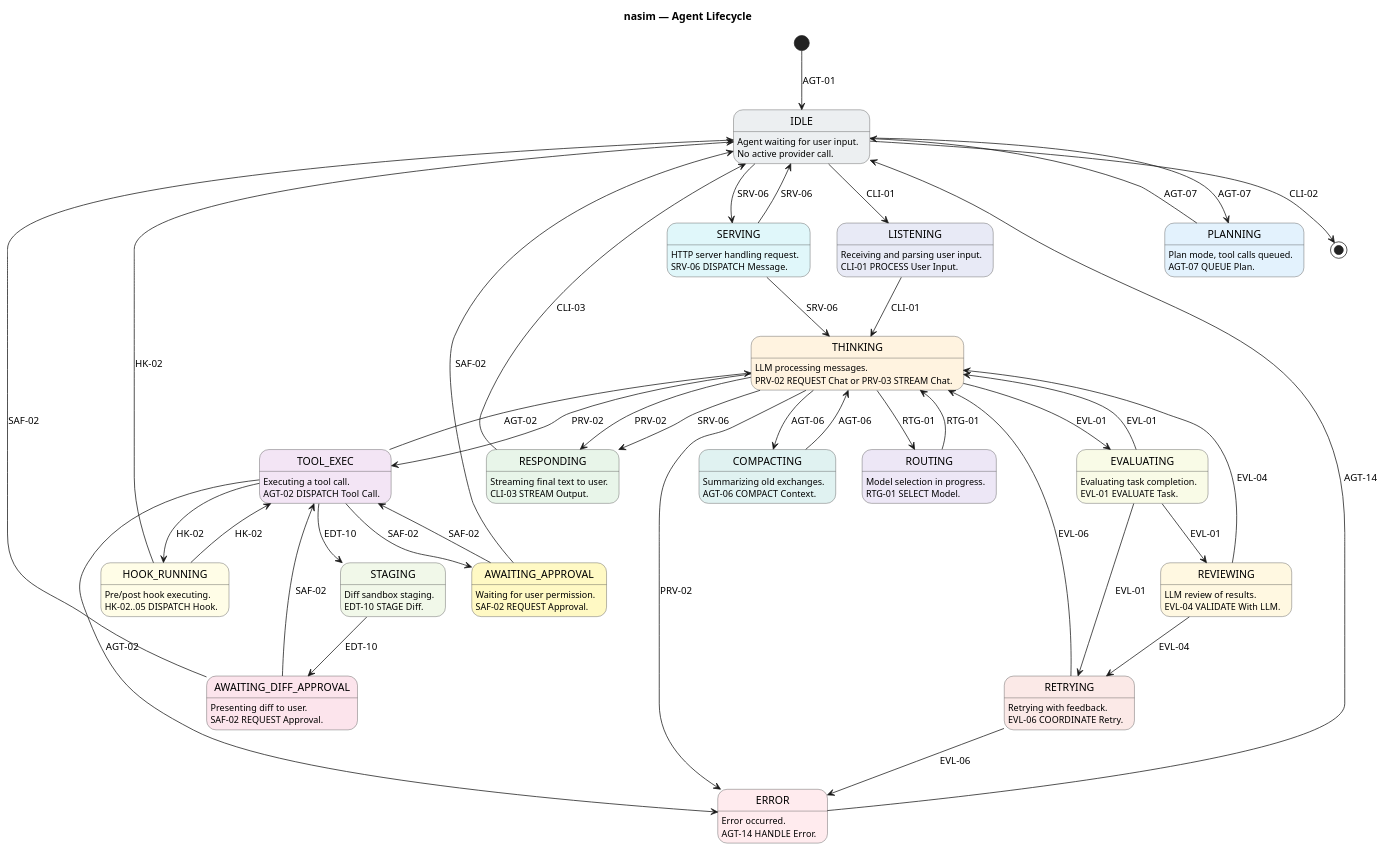
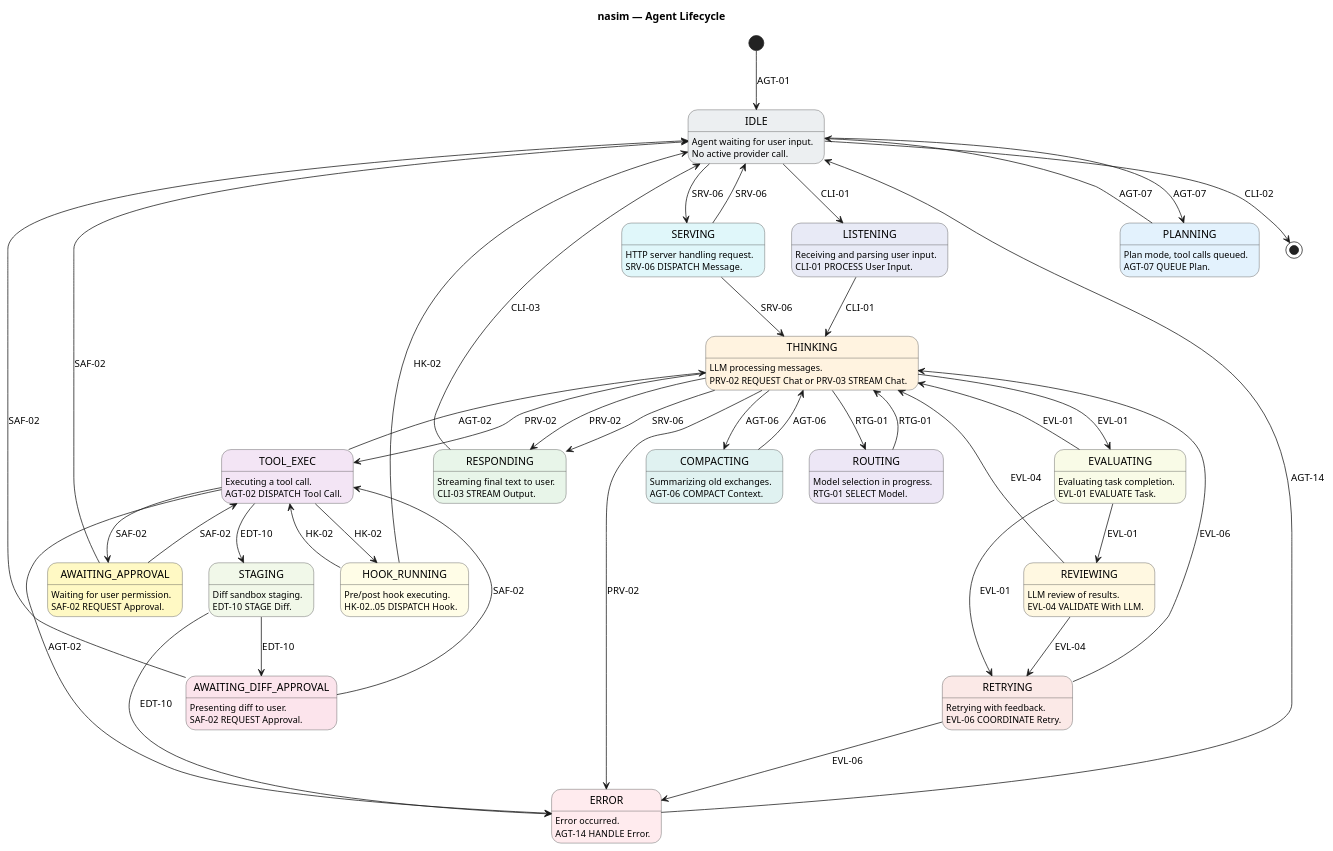
One commit to salimnamvar/nasim changed the diagram in docs/SM/sm_agent_lifecycle.puml. Above: the diagram before and after it, drawn with PlantUML. The commit also changed 18 other files, not shown here.

Commit message:
docs: Update component diagrams and API documentation for improved clarity and structure

```diff
--- a/docs/SM/sm_agent_lifecycle.puml
+++ b/docs/SM/sm_agent_lifecycle.puml
@@ -1,149 +1,150 @@
 @startuml sm_agent_lifecycle
 ' ============================================================
 ' Title:     nasim — Agent Lifecycle State Machine
 ' Boundary:  nasim code agent CLI + HTTP API
 ' Purpose:   Process FSM showing all agent states and transitions
 ' Milestone: v1.0
 ' Version:   6.0.0
 ' Source:    docs/UC/README.md
 ' Review:    docs/audit/audit.2026.06.20.sq-sm-chain.car.md
 ' Note:      Process FSM, not entity lifecycle. SMT rules from sm.md
 '            do not apply (documented deviation).
 ' Convention: All transitions are triggered by the corresponding UC ID
 '            (e.g., EVL-01, EDT-10, AGT-07) as listed in docs/UC/README.md.
 ' ============================================================
 
 title nasim — Agent Lifecycle
 
 skinparam state {
   BackgroundColor #FFFFFF
   BorderColor #424242
   FontColor #000000
 }
 
 [*] --> IDLE : AGT-01
 
 state "IDLE" as IDLE #ECEFF1
 IDLE : Agent waiting for user input.
 IDLE : No active provider call.
 
 state "LISTENING" as LISTENING #E8EAF6
 LISTENING : Receiving and parsing user input.
 LISTENING : CLI-01 PROCESS User Input.
 
 state "THINKING" as THINKING #FFF3E0
 THINKING : LLM processing messages.
 THINKING : PRV-02 REQUEST Chat or PRV-03 STREAM Chat.
 
 state "TOOL_EXEC" as TOOL_EXEC #F3E5F5
 TOOL_EXEC : Executing a tool call.
 TOOL_EXEC : AGT-02 DISPATCH Tool Call.
 
 state "RESPONDING" as RESPONDING #E8F5E9
 RESPONDING : Streaming final text to user.
 RESPONDING : CLI-03 STREAM Output.
 
 state "ERROR" as ERROR #FFEBEE
 ERROR : Error occurred.
 ERROR : AGT-14 HANDLE Error.
 
 state "COMPACTING" as COMPACTING #E0F2F1
 COMPACTING : Summarizing old exchanges.
 COMPACTING : AGT-06 COMPACT Context.
 
 state "AWAITING_APPROVAL" as AWAITING_APPROVAL #FFF9C4
 AWAITING_APPROVAL : Waiting for user permission.
 AWAITING_APPROVAL : SAF-02 REQUEST Approval.
 
 state "PLANNING" as PLANNING #E3F2FD
 PLANNING : Plan mode, tool calls queued.
 PLANNING : AGT-07 QUEUE Plan.
 
 state "HOOK_RUNNING" as HOOK_RUNNING #FFFDE7
 HOOK_RUNNING : Pre/post hook executing.
 HOOK_RUNNING : HK-02..05 DISPATCH Hook.
 
 state "ROUTING" as ROUTING #EDE7F6
 ROUTING : Model selection in progress.
 ROUTING : RTG-01 SELECT Model.
 
 state "SERVING" as SERVING #E0F7FA
 SERVING : HTTP server handling request.
 SERVING : SRV-06 DISPATCH Message.
 
 state "EVALUATING" as EVALUATING #F9FBE7
 EVALUATING : Evaluating task completion.
 EVALUATING : EVL-01 EVALUATE Task.
 
 state "REVIEWING" as REVIEWING #FFF8E1
 REVIEWING : LLM review of results.
 REVIEWING : EVL-04 VALIDATE With LLM.
 
 state "RETRYING" as RETRYING #FBE9E7
 RETRYING : Retrying with feedback.
 RETRYING : EVL-06 COORDINATE Retry.
 
 state "STAGING" as STAGING #F1F8E9
 STAGING : Diff sandbox staging.
 STAGING : EDT-10 STAGE Diff.
 
 state "AWAITING_DIFF_APPROVAL" as AWAITING_DIFF_APPROVAL #FCE4EC
 AWAITING_DIFF_APPROVAL : Presenting diff to user.
 AWAITING_DIFF_APPROVAL : SAF-02 REQUEST Approval.
 
 IDLE --> LISTENING : CLI-01
 IDLE --> SERVING : SRV-06
 IDLE --> [*] : CLI-02
 
 LISTENING --> THINKING : CLI-01
 
 THINKING --> RESPONDING : PRV-02
 THINKING --> TOOL_EXEC : PRV-02
 THINKING --> COMPACTING : AGT-06
 THINKING --> ROUTING : RTG-01
 THINKING --> ERROR : PRV-02
 THINKING --> RESPONDING : SRV-06
 THINKING --> EVALUATING : EVL-01
 
 ROUTING --> THINKING : RTG-01
 
 TOOL_EXEC --> THINKING : AGT-02
 TOOL_EXEC --> AWAITING_APPROVAL : SAF-02
 TOOL_EXEC --> HOOK_RUNNING : HK-02
 TOOL_EXEC --> ERROR : AGT-02
 TOOL_EXEC --> STAGING : EDT-10
 
 HOOK_RUNNING --> TOOL_EXEC : HK-02
 HOOK_RUNNING --> IDLE : HK-02
 
 AWAITING_APPROVAL --> TOOL_EXEC : SAF-02
 AWAITING_APPROVAL --> IDLE : SAF-02
 
 COMPACTING --> THINKING : AGT-06
 
 RESPONDING --> IDLE : CLI-03
 
 ERROR --> IDLE : AGT-14
 
 SERVING --> THINKING : SRV-06
 SERVING --> IDLE : SRV-06
 
 IDLE --> PLANNING : AGT-07
 PLANNING --> IDLE : AGT-07
 
 EVALUATING --> REVIEWING : EVL-01
 EVALUATING --> RETRYING : EVL-01
 EVALUATING --> THINKING : EVL-01
 
 REVIEWING --> THINKING : EVL-04
 REVIEWING --> RETRYING : EVL-04
 
 RETRYING --> THINKING : EVL-06
 RETRYING --> ERROR : EVL-06
 
 STAGING --> AWAITING_DIFF_APPROVAL : EDT-10
+STAGING --> ERROR : EDT-10
 
 AWAITING_DIFF_APPROVAL --> TOOL_EXEC : SAF-02
 AWAITING_DIFF_APPROVAL --> IDLE : SAF-02
 
 @enduml
```
